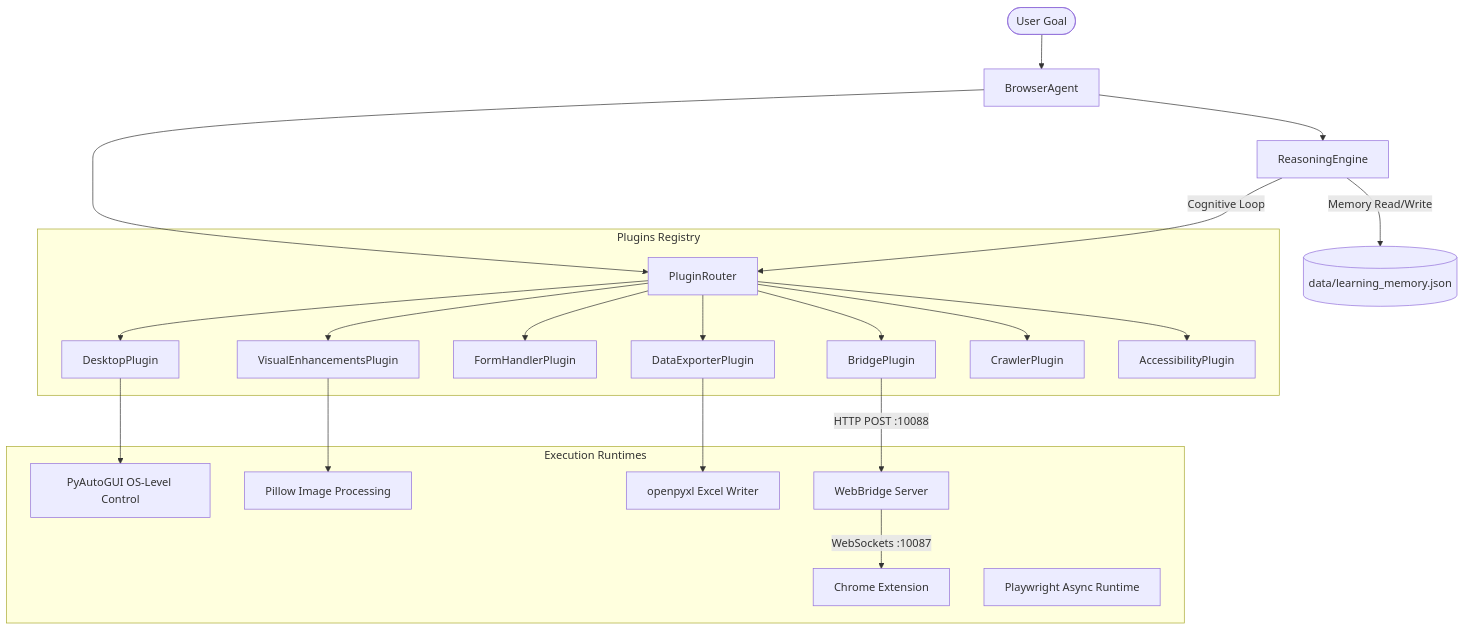
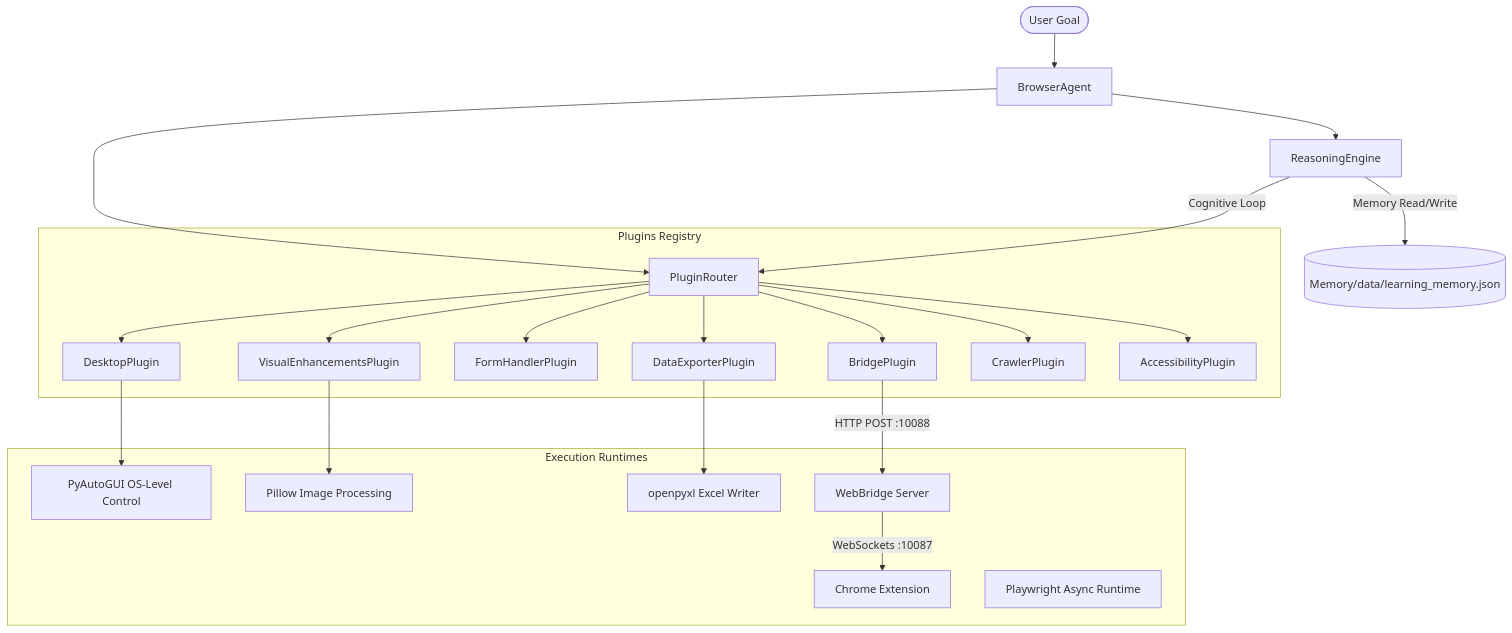
The diagram in README.md (namana843-bit/WebForge-Agent), drawn with Mermaid before and after one commit.

Commit message:
Fix Mermaid rendering syntax in README.md

````diff
--- a/README.md
+++ b/README.md
@@ -36,30 +36,30 @@
 ```mermaid
 graph TD
-    User([User Goal]) --> Agent[BrowserAgent]
+    User(["User Goal"]) --> Agent[BrowserAgent]
     Agent --> Reasoning[ReasoningEngine]
     Agent --> Router[PluginRouter]
     
-    subgraph Plugins [Plugins Registry]
+    subgraph Plugins ["Plugins Registry"]
         Router --> Bridge[BridgePlugin]
         Router --> Desktop[DesktopPlugin]
         Router --> Form[FormHandlerPlugin]
         Router --> Visual[VisualEnhancementsPlugin]
         Router --> Exporter[DataExporterPlugin]
         Router --> Crawler[CrawlerPlugin]
         Router --> Access[AccessibilityPlugin]
     end
     
-    subgraph Runtimes [Execution Runtimes]
-        Desktop --> PyAutoGUI[PyAutoGUI OS-Level Control]
-        Visual --> Pillow[Pillow Image Processing]
-        Exporter --> OpenPyXL[openpyxl Excel Writer]
+    subgraph Runtimes ["Execution Runtimes"]
+        Desktop --> PyAutoGUI["PyAutoGUI OS-Level Control"]
+        Visual --> Pillow["Pillow Image Processing"]
+        Exporter --> OpenPyXL["openpyxl Excel Writer"]
         
-        Bridge -->|HTTP POST :10088| Server[WebBridge Server]
-        Server -->|WebSockets :10087| Extension[Chrome Extension]
+        Bridge -->|HTTP POST :10088| Server["WebBridge Server"]
+        Server -->|WebSockets :10087| Extension["Chrome Extension"]
         
-        Playwright[Playwright Async Runtime]
+        Playwright["Playwright Async Runtime"]
     end
 
     Reasoning -->|Cognitive Loop| Router
-    Reasoning -->|Memory Read/Write| Memory[(data/learning_memory.json)]
+    Reasoning -->|Memory Read/Write| Memory[("Memory/data/learning_memory.json")]
 ```
````
